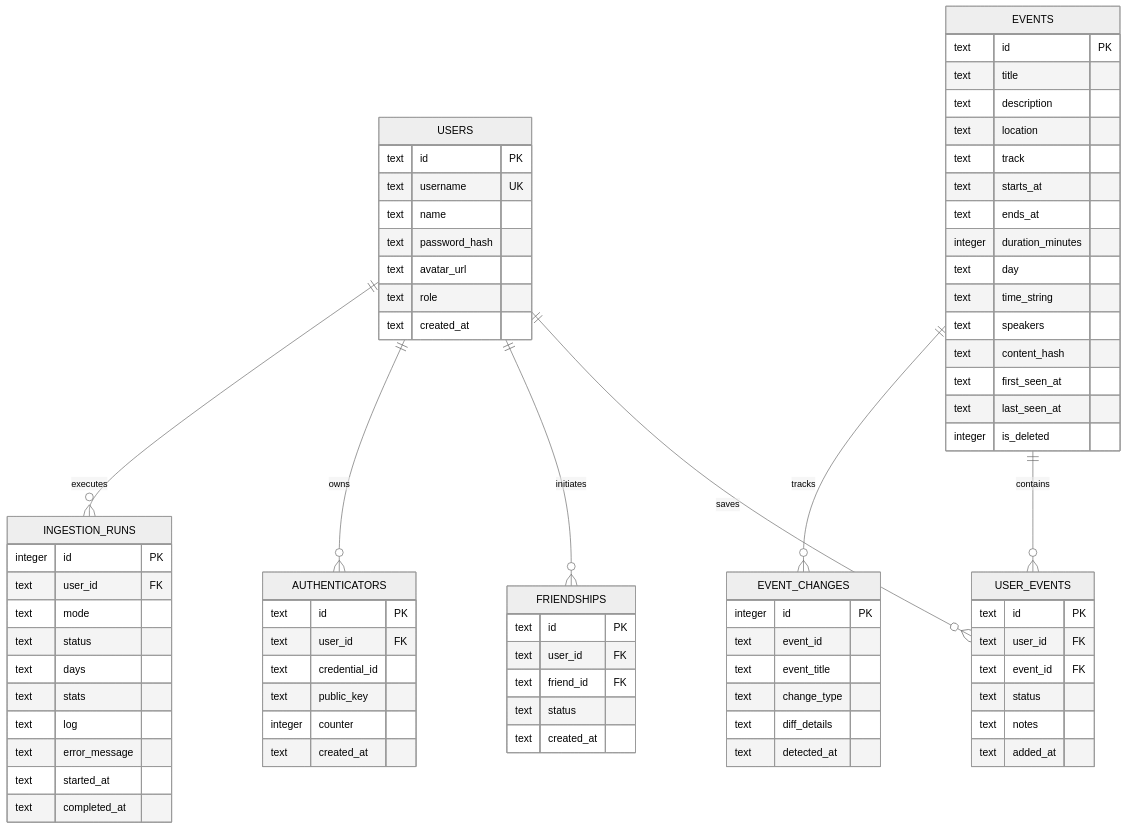
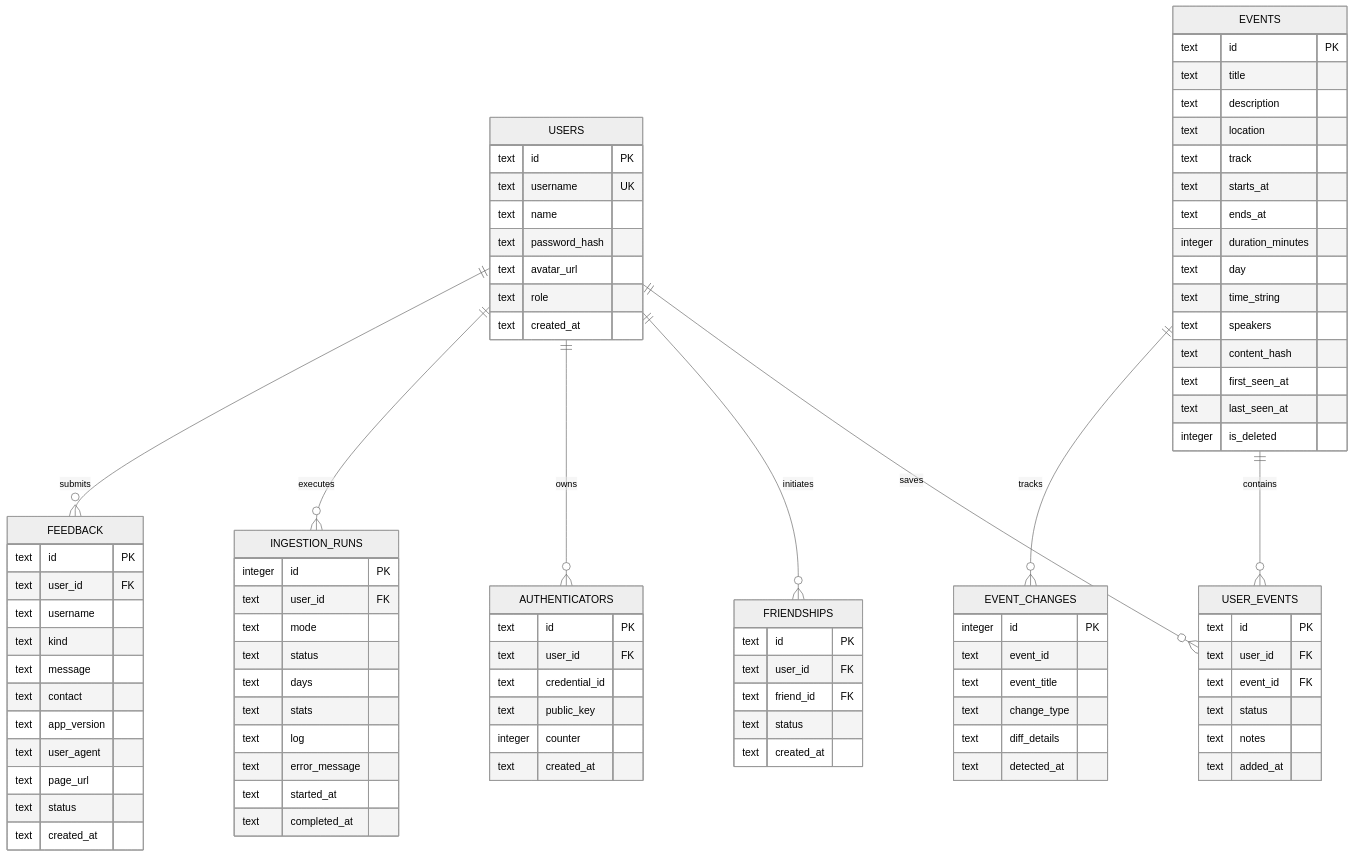
The second of 3 diagrams in docs/SYSTEM_DESIGN.md (martinrojas/dragoncon-2026), drawn with Mermaid (neutral theme) before and after one commit. The commit also changed other lines of this file and 25 other files, not shown here.

````diff
--- a/docs/SYSTEM_DESIGN.md
+++ b/docs/SYSTEM_DESIGN.md
@@ -131,6 +141,7 @@
     USERS ||--o{ FRIENDSHIPS : initiates
     USERS ||--o{ AUTHENTICATORS : owns
     USERS ||--o{ INGESTION_RUNS : executes
+    USERS ||--o{ FEEDBACK : submits
     EVENTS ||--o{ USER_EVENTS : contains
     EVENTS ||--o{ EVENT_CHANGES : tracks
 
@@ -209,4 +220,18 @@
         text started_at
         text completed_at
     }
+
+    FEEDBACK {
+        text id PK
+        text user_id FK
+        text username
+        text kind
+        text message
+        text contact
+        text app_version
+        text user_agent
+        text page_url
+        text status
+        text created_at
+    }
 ```
````
